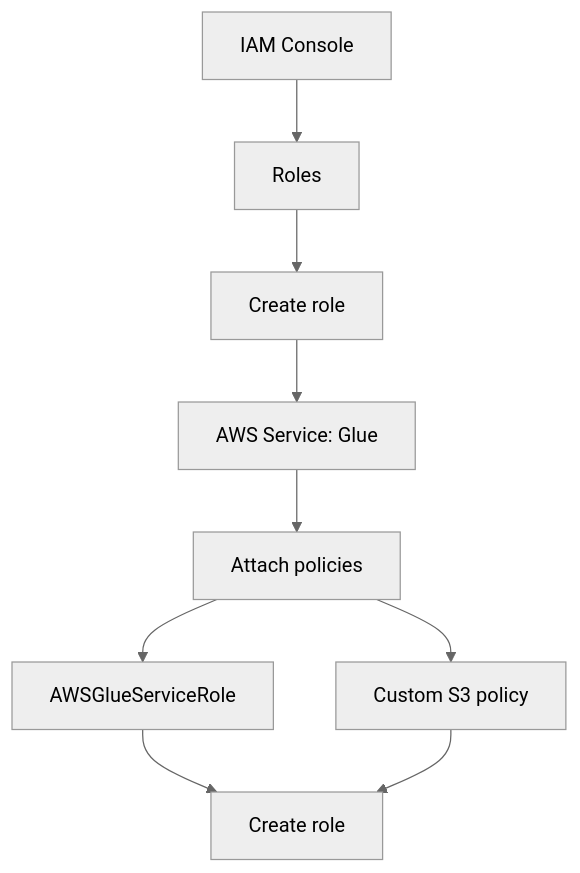
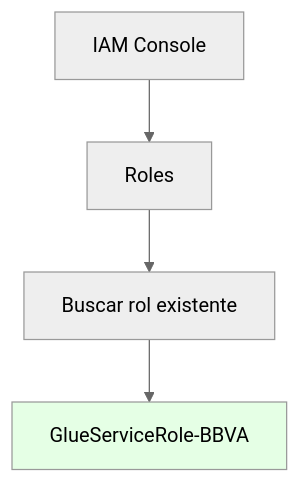
Before and after one commit to ANALITIKACLOUD/hand-on-cloud: the third of 16 diagrams in README.md, drawn with Mermaid (neutral theme). The commit also changed other lines of this file and 4 other files, not shown here.

````diff
--- a/README.md
+++ b/README.md
@@ -120,11 +120,8 @@
 ```mermaid
 flowchart TD
     A[IAM Console] --> B[Roles]
-    B --> C[Create role]
-    C --> D[AWS Service: Glue]
-    D --> E[Attach policies]
-    E --> F[AWSGlueServiceRole]
-    E --> G[Custom S3 policy]
-    F --> H[Create role]
-    G --> H
+    B --> C[Buscar rol existente]
+    C --> D[GlueServiceRole-BBVA]
+    
+    style D fill:#E5FFE5
 ```
````
